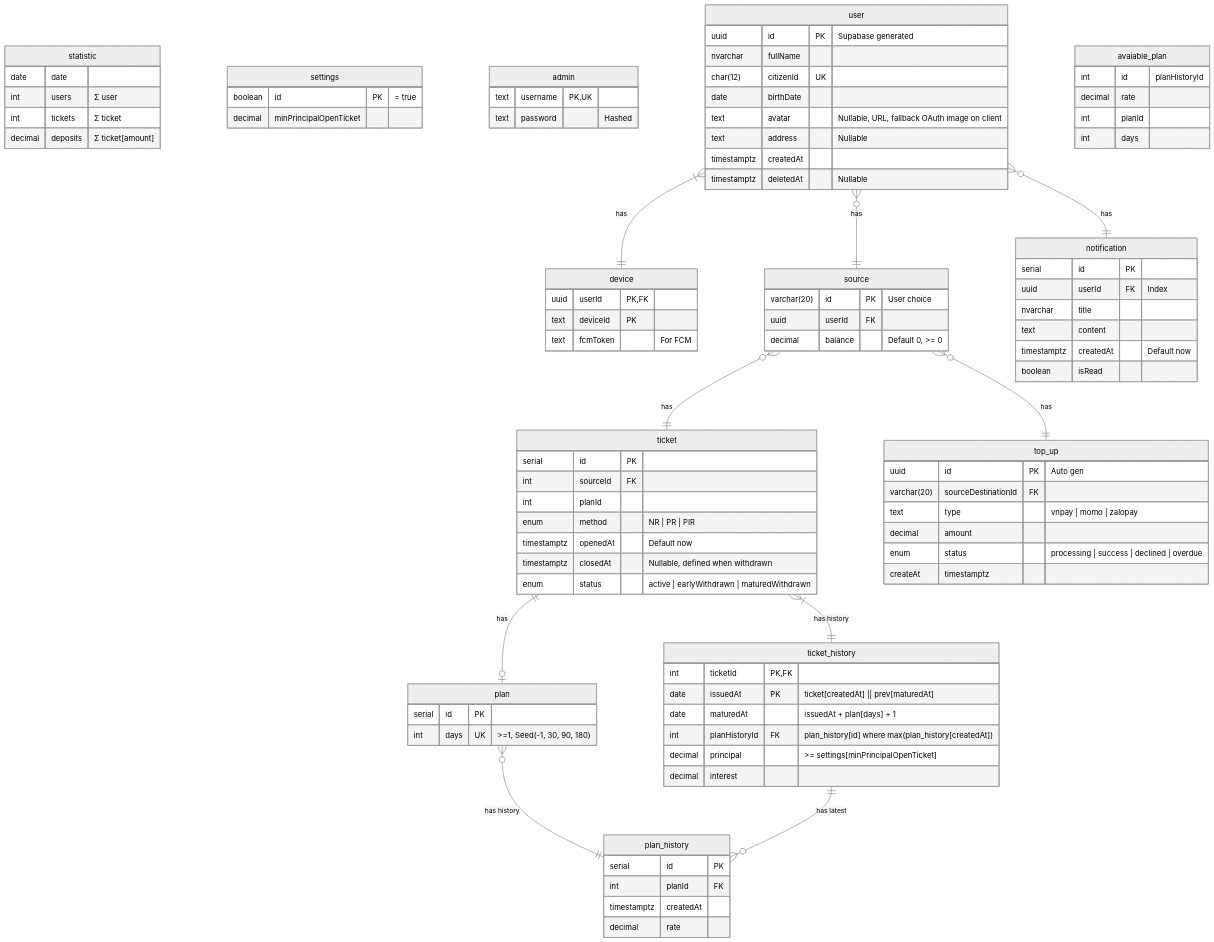
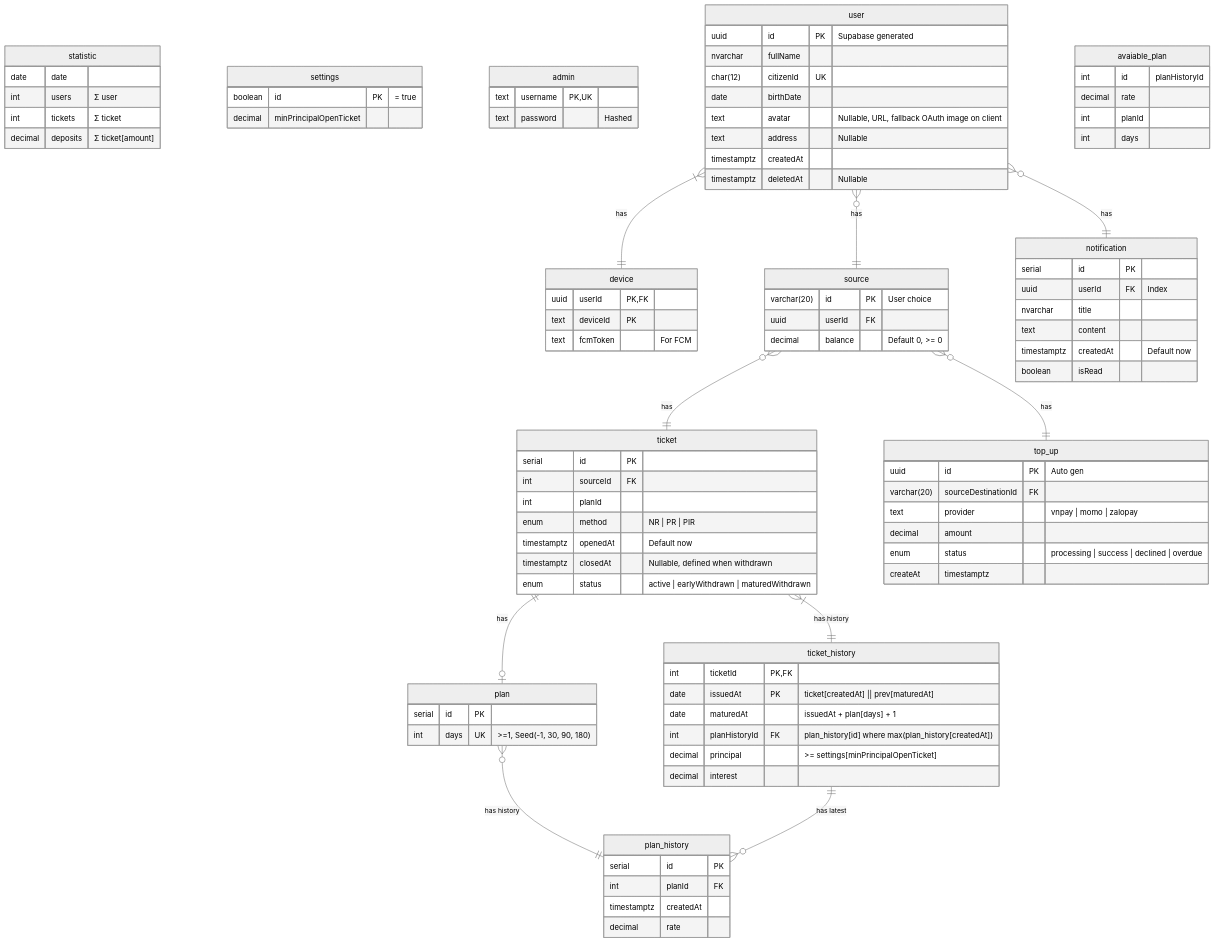
Before and after one commit to coinhub-uit/coinhub-uit.github.io: the diagram in docs/diagrams/database/index.md, drawn with Mermaid (neutral theme).

Commit message:
chore: type -> provider in top up

```diff
--- a/docs/diagrams/database/index.md
+++ b/docs/diagrams/database/index.md
@@ -96,7 +96,7 @@
   top_up {
     uuid id PK "Auto gen"
     varchar(20) sourceDestinationId FK
-    text type "vnpay | momo | zalopay"
+    text provider "vnpay | momo | zalopay"
     decimal amount
     enum status "processing | success | declined | overdue"
     createAt timestamptz
```
